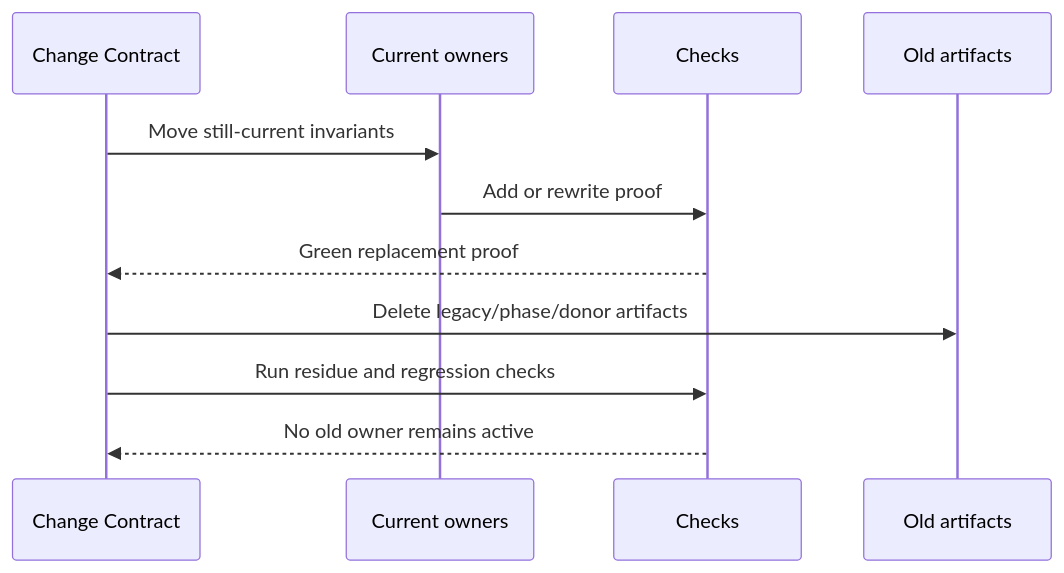
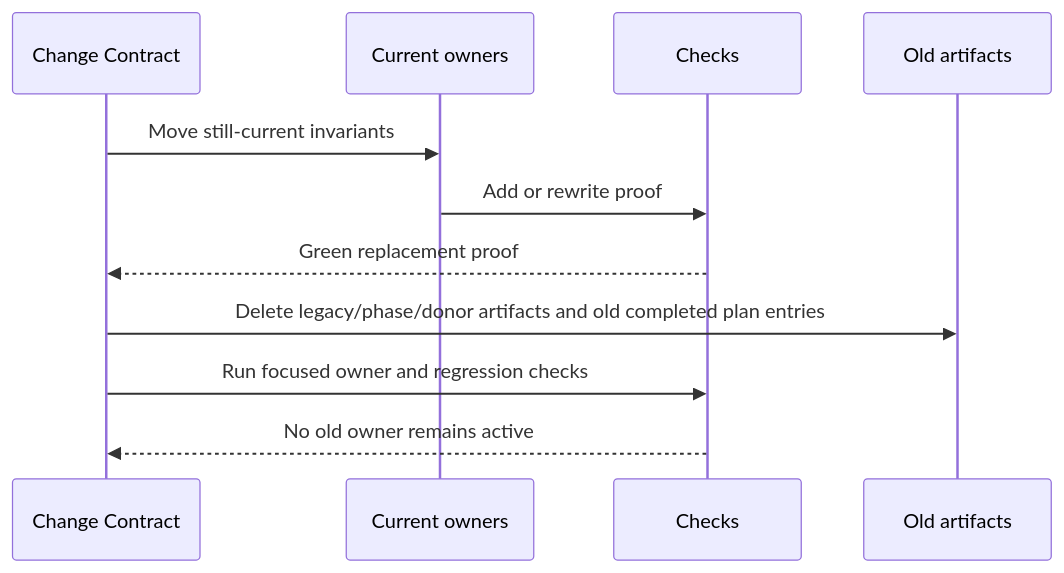
One commit to GreatPika/iwb_canvas_engine changed the second of 2 diagrams in .design/2026-06-08-legacy-phase-cleanup.md. Above: the diagram before and after it, drawn with Mermaid. The commit also changed other lines of this file and 922 other files, not shown here.

First line of the commit message:
chore: retire legacy phase artifacts

````diff
--- a/.design/2026-06-08-legacy-phase-cleanup.md
+++ b/.design/2026-06-08-legacy-phase-cleanup.md
@@ -576,13 +580,13 @@
 ```mermaid
 sequenceDiagram
   participant Contract as Change Contract
   participant Current as Current owners
   participant Checks as Checks
   participant Old as Old artifacts
   Contract->>Current: Move still-current invariants
   Current->>Checks: Add or rewrite proof
   Checks-->>Contract: Green replacement proof
-  Contract->>Old: Delete legacy/phase/donor artifacts
-  Contract->>Checks: Run residue and regression checks
+  Contract->>Old: Delete legacy/phase/donor artifacts and old completed plan entries
+  Contract->>Checks: Run focused owner and regression checks
   Checks-->>Contract: No old owner remains active
 ```
````
